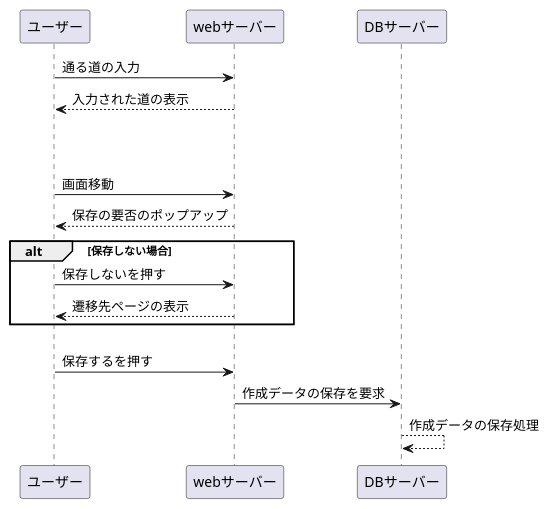
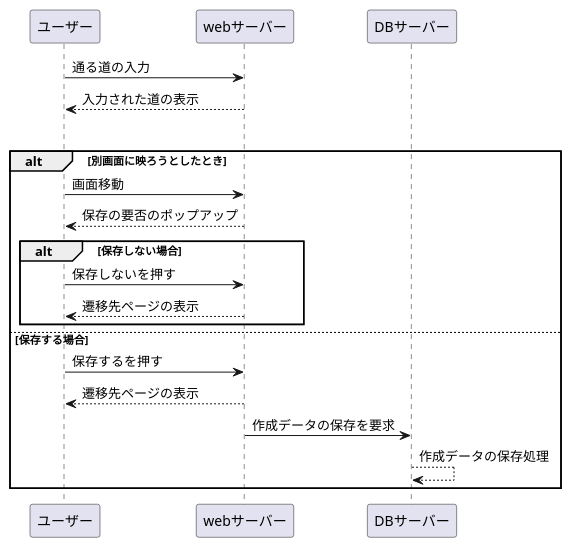
Before and after one commit to AsoSD3A3/CyclingSystem: the diagram in 業務フロー図/rootcreate_flow.md, drawn with PlantUML.

````diff
--- a/業務フロー図/rootcreate_flow.md
+++ b/業務フロー図/rootcreate_flow.md
@@ -1,26 +1,27 @@
 ```uml
 @startuml
 
 ユーザー -> webサーバー : 通る道の入力
 webサーバー --> ユーザー : 入力された道の表示
 
 opt 途中で作成を中断する場合
 
 alt 別画面に映ろうとしたとき
 ユーザー -> webサーバー : 画面移動
 webサーバー --> ユーザー : 保存の要否のポップアップ
 
 alt 保存しない場合
 ユーザー -> webサーバー : 保存しないを押す
 webサーバー --> ユーザー : 遷移先ページの表示
 end
 
 else 保存する場合
 ユーザー -> webサーバー : 保存するを押す
+webサーバー --> ユーザー : 遷移先ページの表示
 webサーバー -> DBサーバー : 作成データの保存を要求
 DBサーバー --> DBサーバー : 作成データの保存処理
-
+end
 
 
 @enduml
 ```
````
